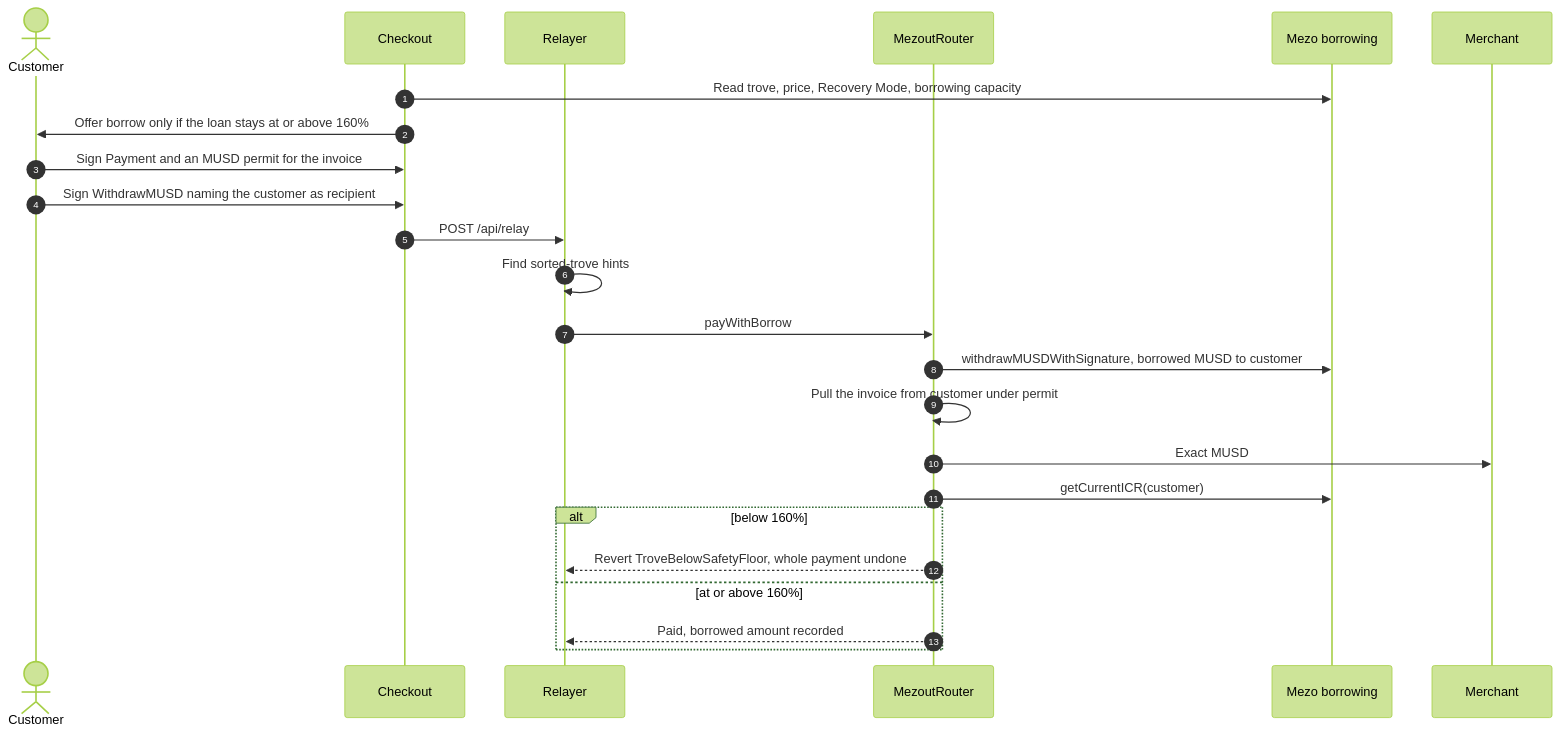
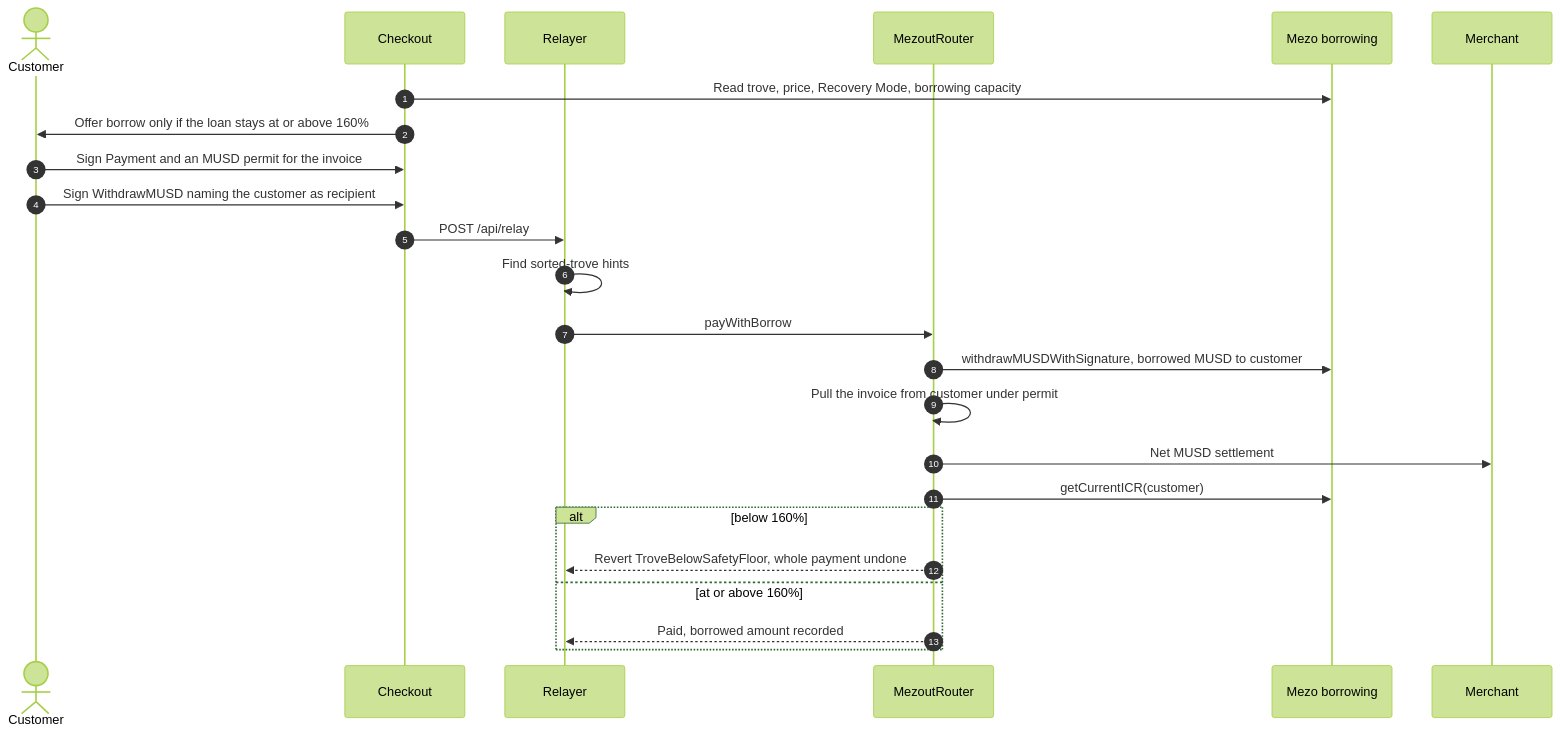
One commit to Evangel90/Mezout changed the fifth of 8 diagrams in README.md. Above: the diagram before and after it, drawn with Mermaid (forest theme). The commit also changed other lines of this file and 4 other files, not shown here.

````diff
--- a/README.md
+++ b/README.md
@@ -263,27 +263,27 @@
 ```mermaid
 sequenceDiagram
     autonumber
     actor C as Customer
     participant K as Checkout
     participant R as Relayer
     participant M as MezoutRouter
     participant B as Mezo borrowing
     participant W as Merchant
 
     K->>B: Read trove, price, Recovery Mode, borrowing capacity
     K->>C: Offer borrow only if the loan stays at or above 160%
     C->>K: Sign Payment and an MUSD permit for the invoice
     C->>K: Sign WithdrawMUSD naming the customer as recipient
     K->>R: POST /api/relay
     R->>R: Find sorted-trove hints
     R->>M: payWithBorrow
     M->>B: withdrawMUSDWithSignature, borrowed MUSD to customer
     M->>M: Pull the invoice from customer under permit
-    M->>W: Exact MUSD
+    M->>W: Net MUSD settlement
     M->>B: getCurrentICR(customer)
     alt below 160%
         M-->>R: Revert TroveBelowSafetyFloor, whole payment undone
     else at or above 160%
         M-->>R: Paid, borrowed amount recorded
     end
 ```
````
